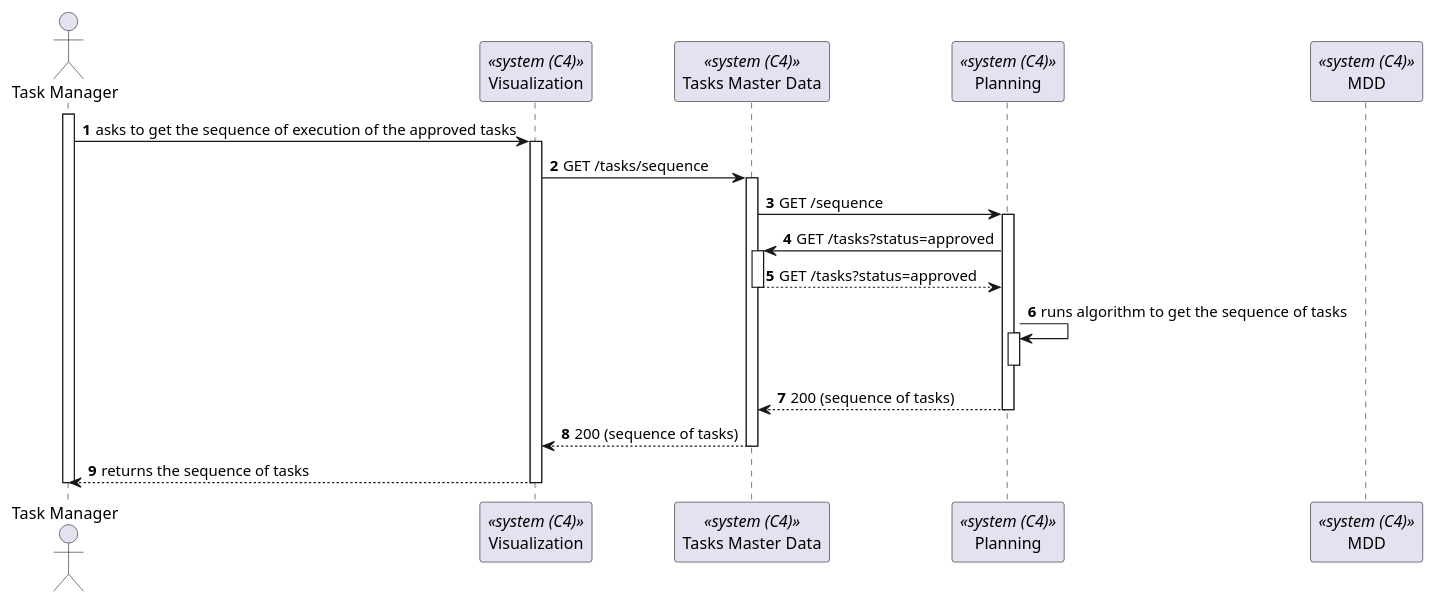
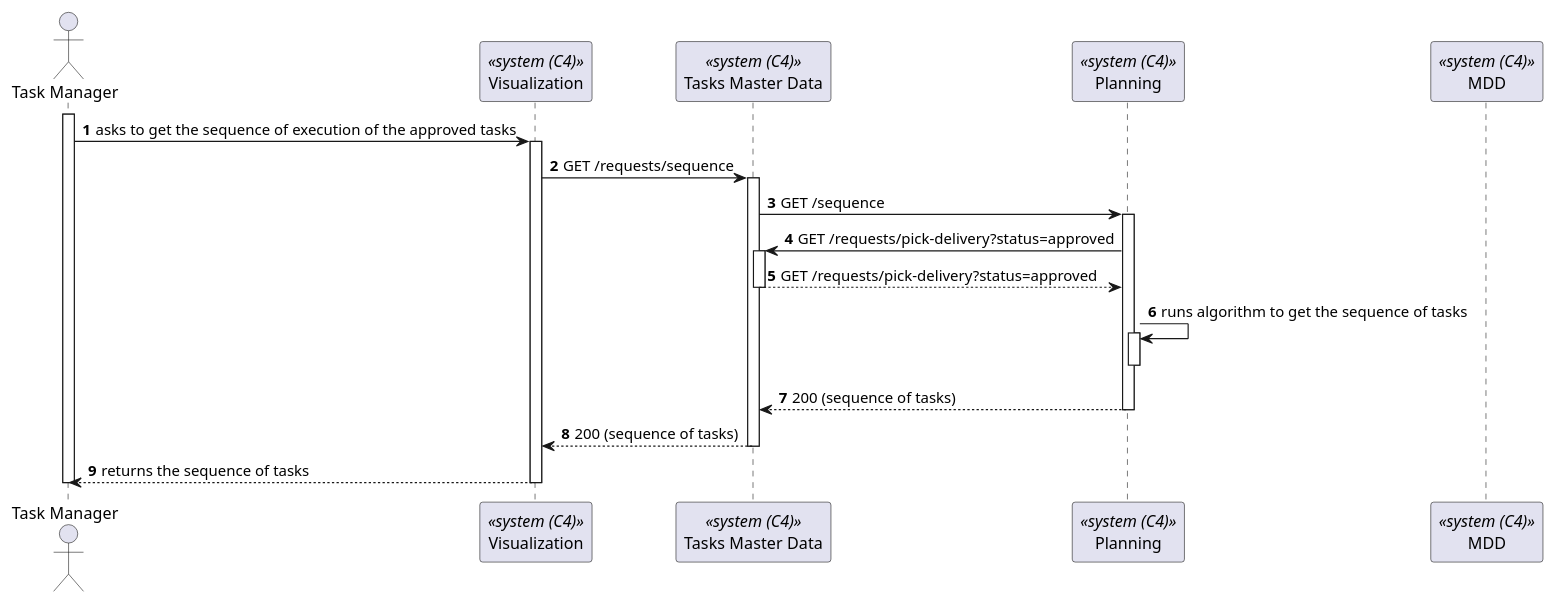
One commit to miseEnPlace-dev/lapr5 changed the diagram in _wiki/sprint-c/us-500/views/level-2/process-view.puml. Above: the diagram before and after it, drawn with PlantUML. The commit also changed 6 other files, not shown here.

```diff
--- a/_wiki/sprint-c/us-500/views/level-2/process-view.puml
+++ b/_wiki/sprint-c/us-500/views/level-2/process-view.puml
@@ -1,35 +1,35 @@
 @startuml process-view
 autonumber
 actor TM as "Task Manager"
 participant UI as "Visualization" <<system (C4)>>
 participant TMD as "Tasks Master Data" <<system (C4)>>
 participant P as "Planning" <<system (C4)>>
 participant MDD as "MDD" <<system (C4)>>
 
 activate TM
 
 TM -> UI : asks to get the sequence of execution of the approved tasks
 activate UI
 
-UI -> TMD : GET /tasks/sequence
+UI -> TMD : GET /requests/sequence
 activate TMD
 TMD -> P : GET /sequence
 activate P
-P -> TMD : GET /tasks?status=approved
+P -> TMD : GET /requests/pick-delivery?status=approved
 activate TMD
-TMD --> P : GET /tasks?status=approved
+TMD --> P : GET /requests/pick-delivery?status=approved
 deactivate TMD
 P -> P : runs algorithm to get the sequence of tasks
 activate P
 deactivate P
 P --> TMD : 200 (sequence of tasks)
 deactivate P
 TMD --> UI : 200 (sequence of tasks)
 deactivate TMD
 
 TM <-- UI : returns the sequence of tasks
 deactivate UI
 
 deactivate TM
 
 @enduml
```
